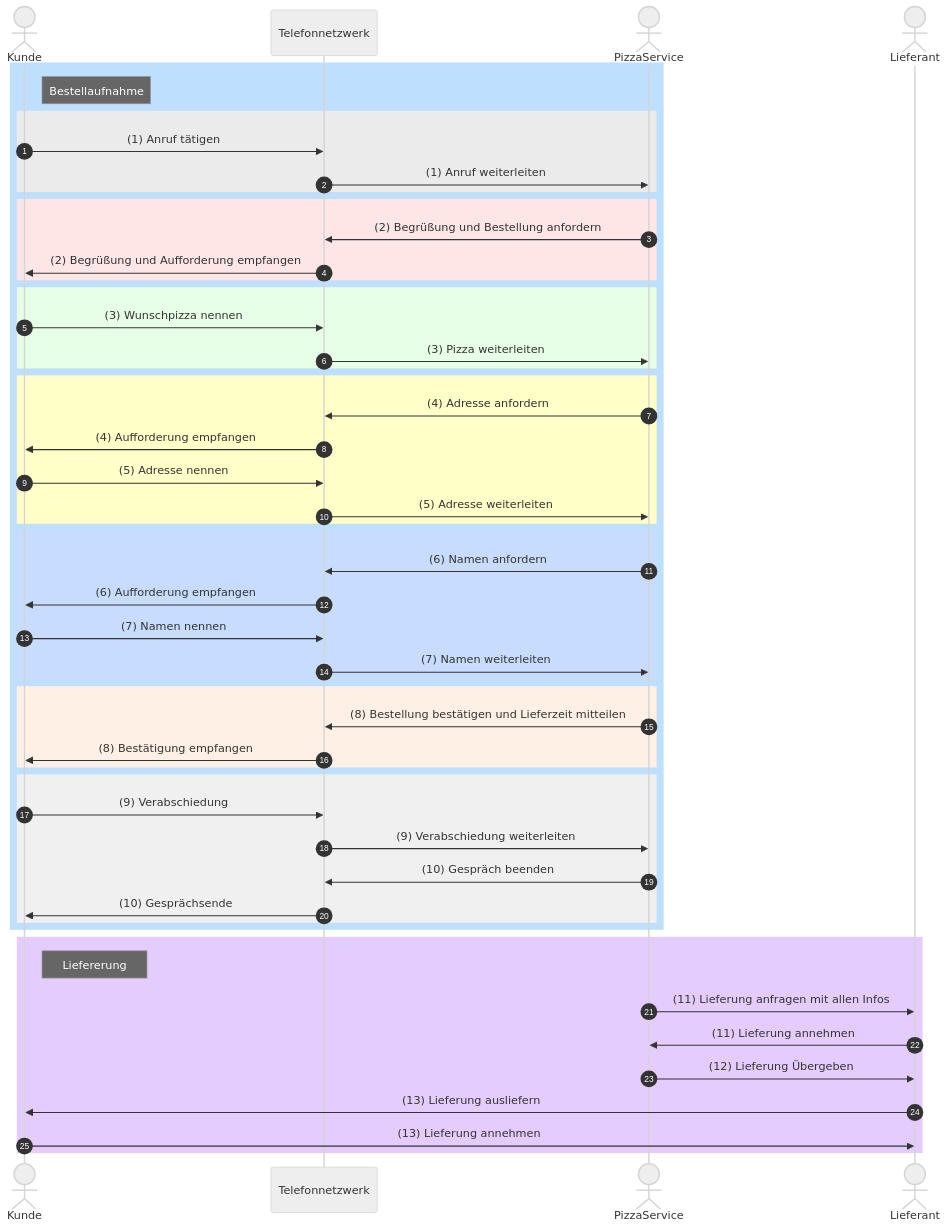
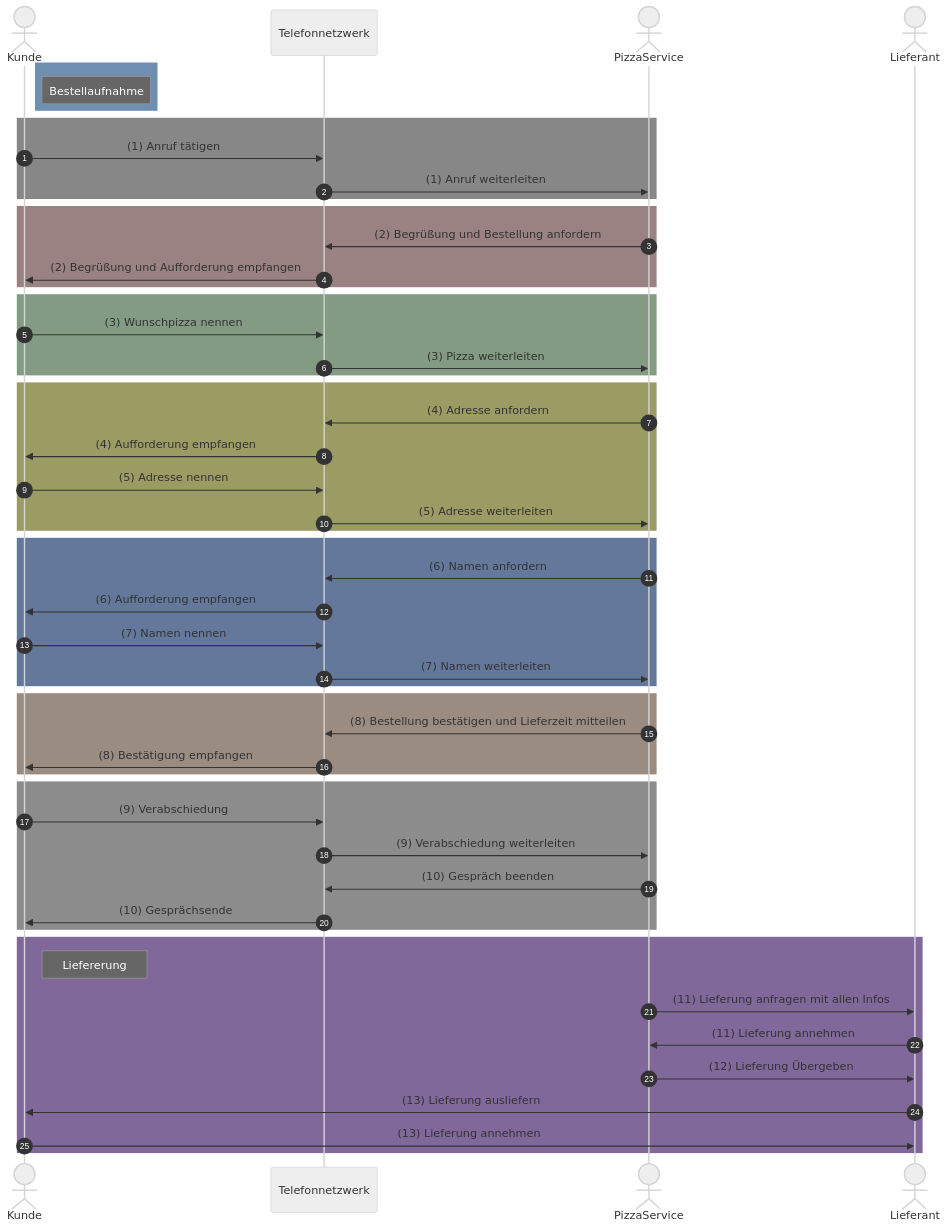
One commit to noluyorAbi/quartzDeployment changed the third of 6 diagrams in content/4.Semester/Informatik/RNVS/RNVS-Übungblätter/ÜB 02/RNVS-Blatt-02.md. Above: the diagram before and after it, drawn with Mermaid (neutral theme). The commit also changed other lines of this file and 3 other files, not shown here.

````diff
--- a/content/4.Semester/Informatik/RNVS/RNVS-Übungblätter/ÜB 02/RNVS-Blatt-02.md
+++ b/content/4.Semester/Informatik/RNVS/RNVS-Übungblätter/ÜB 02/RNVS-Blatt-02.md
@@ -104,60 +101,62 @@
 ```mermaid
 sequenceDiagram
-	autonumber
- rect rgb(191, 223, 255)
+    autonumber
+    rect rgb(110, 143, 175)
     Actor Kunde
-	note right of Kunde: Bestellaufnahme
+    note right of Kunde: Bestellaufnahme
     participant Telefonnetzwerk
     Actor PizzaService
     Actor Lieferant
+    end
 
-    rect rgb(235, 235, 235)
+    rect rgb(135, 135, 135)
     Kunde->>Telefonnetzwerk: (1) Anruf tätigen
     Telefonnetzwerk->>PizzaService: (1) Anruf weiterleiten
     end
 
-    rect rgb(255, 230, 230)
+    rect rgb(155, 130, 130)
     PizzaService->>Telefonnetzwerk: (2) Begrüßung und Bestellung anfordern
     Telefonnetzwerk->>Kunde: (2) Begrüßung und Aufforderung empfangen
     end
 
-    rect rgb(230, 255, 230)
+    rect rgb(130, 155, 130)
     Kunde->>Telefonnetzwerk: (3) Wunschpizza nennen
     Telefonnetzwerk->>PizzaService: (3) Pizza weiterleiten
     end
 
-    rect rgb(255, 255, 200)
+    rect rgb(155, 155, 100)
     PizzaService->>Telefonnetzwerk: (4) Adresse anfordern
     Telefonnetzwerk->>Kunde: (4) Aufforderung empfangen
     Kunde->>Telefonnetzwerk: (5) Adresse nennen
     Telefonnetzwerk->>PizzaService: (5) Adresse weiterleiten
     end
 
-    rect rgb(200, 220, 255)
+    rect rgb(100, 120, 155)
     PizzaService->>Telefonnetzwerk: (6) Namen anfordern
     Telefonnetzwerk->>Kunde: (6) Aufforderung empfangen
     Kunde->>Telefonnetzwerk: (7) Namen nennen
     Telefonnetzwerk->>PizzaService: (7) Namen weiterleiten
     end
 
-    rect rgb(255, 240, 230)
+    rect rgb(155, 140, 130)
     PizzaService->>Telefonnetzwerk: (8) Bestellung bestätigen und Lieferzeit mitteilen
     Telefonnetzwerk->>Kunde: (8) Bestätigung empfangen
     end
 
-    rect rgb(240, 240, 240)
+    rect rgb(140, 140, 140)
     Kunde->>Telefonnetzwerk: (9) Verabschiedung
     Telefonnetzwerk->>PizzaService: (9) Verabschiedung weiterleiten
     PizzaService->>Telefonnetzwerk: (10) Gespräch beenden
     Telefonnetzwerk->>Kunde: (10) Gesprächsende
     end
-end
- rect rgb(229, 204, 255)
- 	note right of Kunde: Liefererung
-	PizzaService->>Lieferant: (11) Lieferung anfragen mit allen Infos
-	Lieferant->>PizzaService: (11) Lieferung annehmen
-	PizzaService->>Lieferant: (12) Lieferung Übergeben
-	Lieferant->>Kunde: (13) Lieferung ausliefern
-	Kunde->>Lieferant: (13) Lieferung annehmen
-end
+
+    rect rgb(129, 104, 155)
+    note right of Kunde: Liefererung
+    PizzaService->>Lieferant: (11) Lieferung anfragen mit allen Infos
+    Lieferant->>PizzaService: (11) Lieferung annehmen
+    PizzaService->>Lieferant: (12) Lieferung Übergeben
+    Lieferant->>Kunde: (13) Lieferung ausliefern
+    Kunde->>Lieferant: (13) Lieferung annehmen
+    end
+
 ```
````
